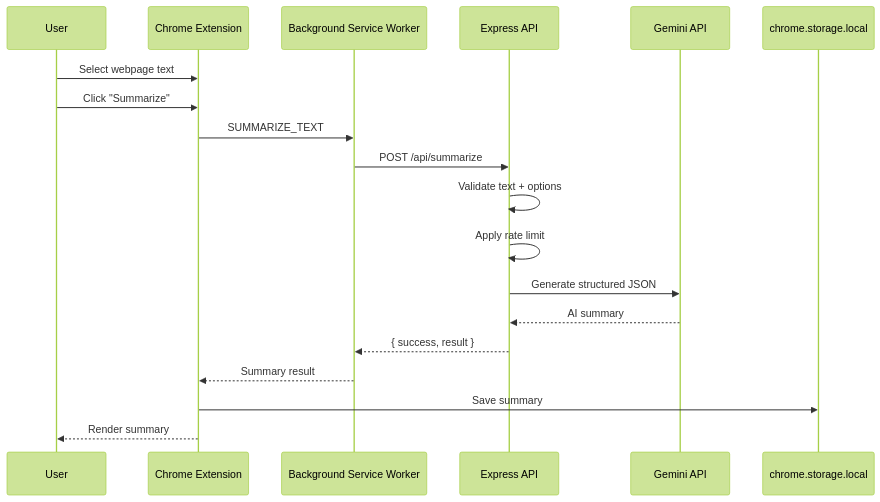
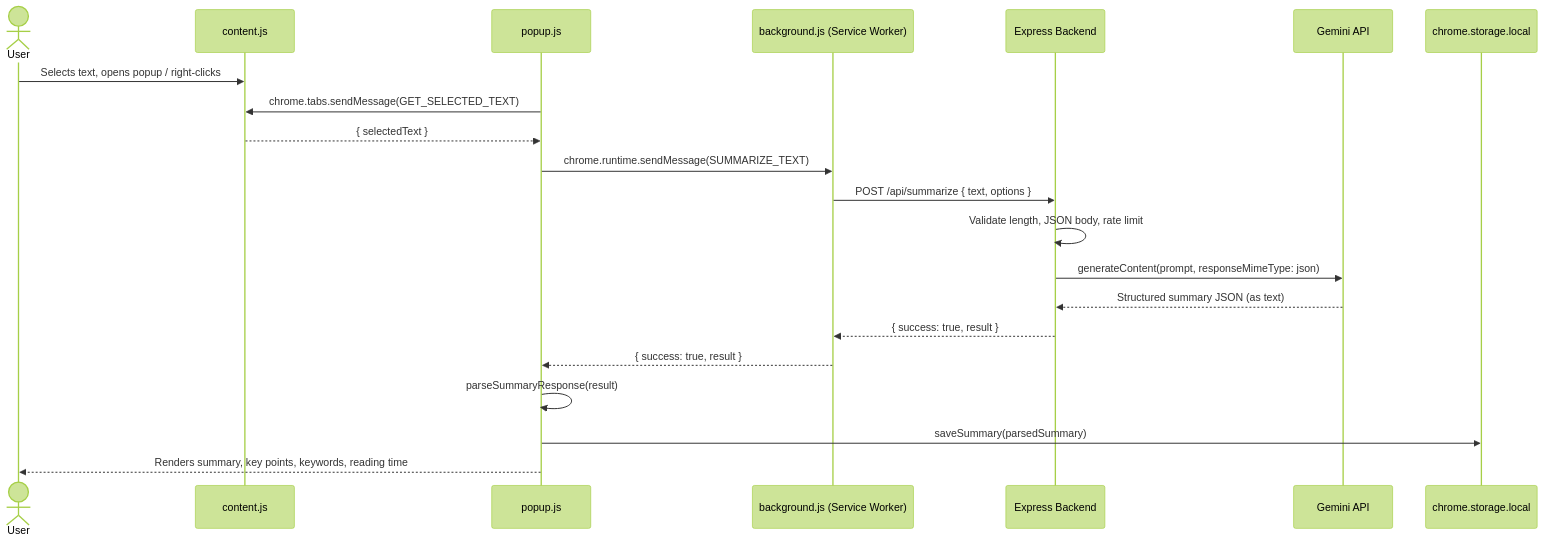
Before and after one commit to tusharkkp/AI-Web-Summarizer-Extension: the second of 2 diagrams in README.md, drawn with Mermaid (forest theme). The commit also changed other lines of this file, not shown here.

````diff
--- a/README.md
+++ b/README.md
@@ -207,22 +154,24 @@
 ```mermaid
 sequenceDiagram
-    participant User
-    participant Chrome as Chrome Extension
-    participant Worker as Background Service Worker
-    participant Backend as Express API
-    participant Gemini as Gemini API
-    participant Storage as chrome.storage.local
+    actor U as User
+    participant CS as content.js
+    participant P as popup.js
+    participant BG as background.js (Service Worker)
+    participant API as Express Backend
+    participant G as Gemini API
+    participant S as chrome.storage.local
 
-    User->>Chrome: Select webpage text
-    User->>Chrome: Click "Summarize"
-    Chrome->>Worker: SUMMARIZE_TEXT
-    Worker->>Backend: POST /api/summarize
-    Backend->>Backend: Validate text + options
-    Backend->>Backend: Apply rate limit
-    Backend->>Gemini: Generate structured JSON
-    Gemini-->>Backend: AI summary
-    Backend-->>Worker: { success, result }
-    Worker-->>Chrome: Summary result
-    Chrome->>Storage: Save summary
-    Chrome-->>User: Render summary
+    U->>CS: Selects text, opens popup / right-clicks
+    P->>CS: chrome.tabs.sendMessage(GET_SELECTED_TEXT)
+    CS-->>P: { selectedText }
+    P->>BG: chrome.runtime.sendMessage(SUMMARIZE_TEXT)
+    BG->>API: POST /api/summarize { text, options }
+    API->>API: Validate length, JSON body, rate limit
+    API->>G: generateContent(prompt, responseMimeType: json)
+    G-->>API: Structured summary JSON (as text)
+    API-->>BG: { success: true, result }
+    BG-->>P: { success: true, result }
+    P->>P: parseSummaryResponse(result)
+    P->>S: saveSummary(parsedSummary)
+    P-->>U: Renders summary, key points, keywords, reading time
 ```
````
